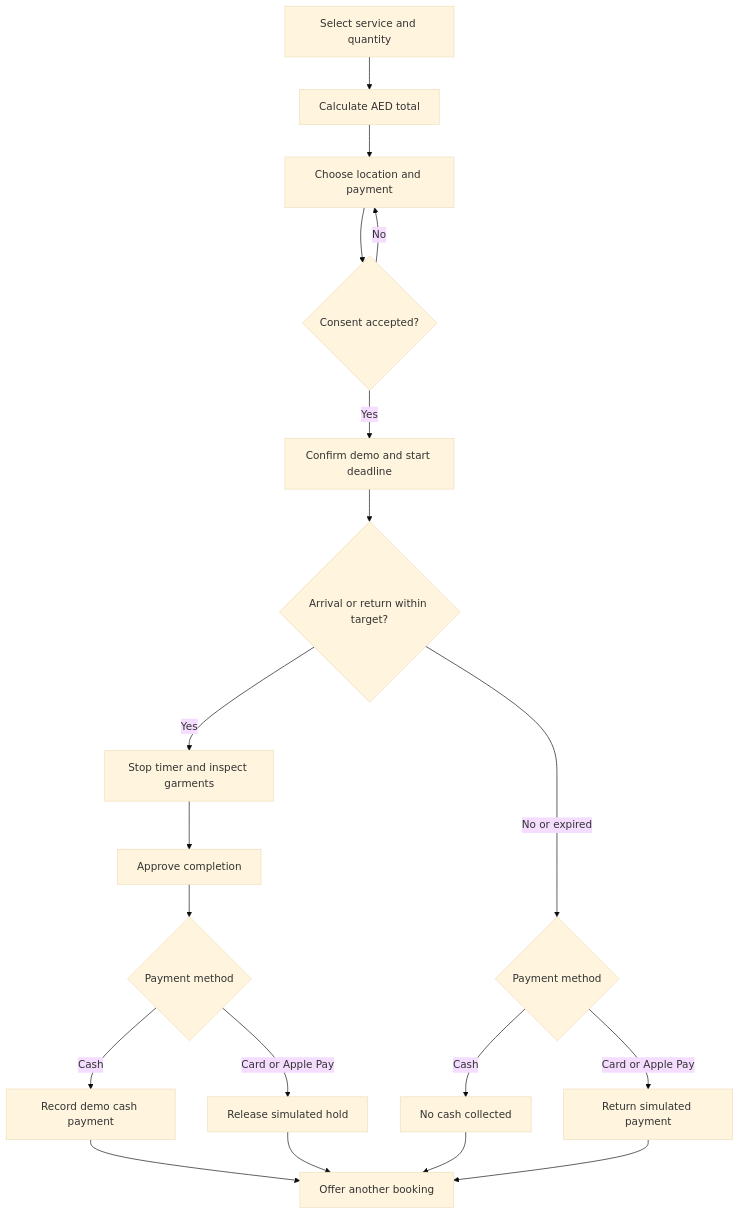
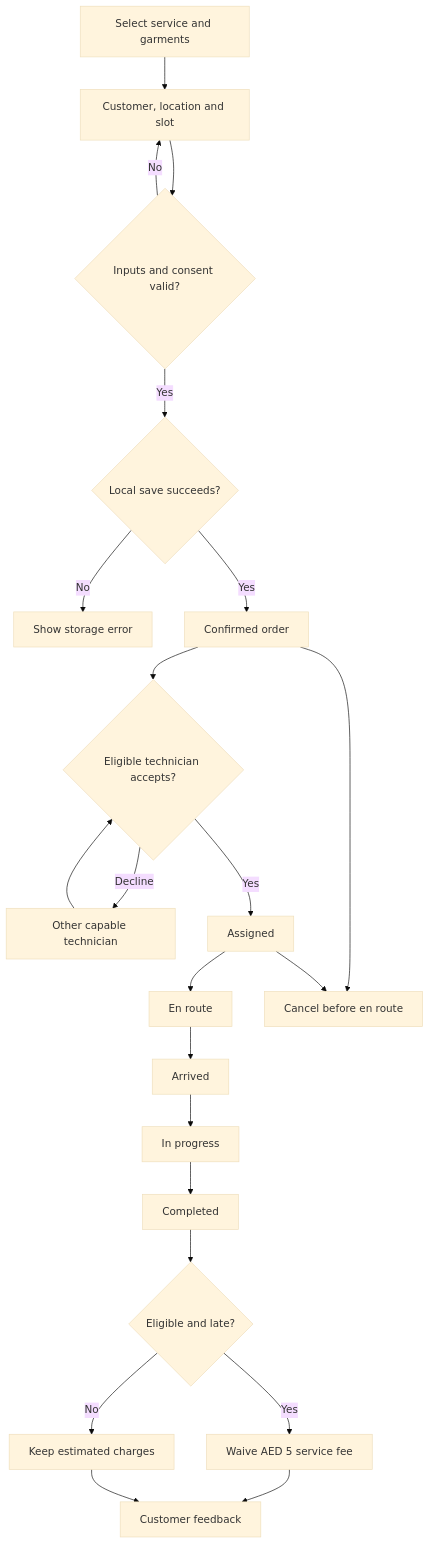
The second of 3 diagrams in public/design-specification.md (eshanas497-beep/pressly), drawn with Mermaid (base theme) before and after one commit. The commit also changed other lines of this file and 38 other files, not shown here.

Commit message:
Complete persistent customer and technician garment-care demo

````diff
--- a/public/design-specification.md
+++ b/public/design-specification.md
@@ -244,21 +511,24 @@
 ```mermaid
 flowchart TD
-  A[Select service and quantity] --> B[Calculate AED total]
-  B --> C[Choose location and payment]
-  C --> D{Consent accepted?}
-  D -->|No| C
-  D -->|Yes| E[Confirm demo and start deadline]
-  E --> F{Arrival or return within target?}
-  F -->|Yes| G[Stop timer and inspect garments]
-  G --> H[Approve completion]
-  H --> I{Payment method}
-  I -->|Cash| J[Record demo cash payment]
-  I -->|Card or Apple Pay| K[Release simulated hold]
-  F -->|No or expired| L{Payment method}
-  L -->|Cash| M[No cash collected]
-  L -->|Card or Apple Pay| N[Return simulated payment]
-  J --> O[Offer another booking]
-  K --> O
-  M --> O
-  N --> O
+  A[Select service and garments] --> B[Customer, location and slot]
+  B --> C{Inputs and consent valid?}
+  C -->|No| B
+  C -->|Yes| D{Local save succeeds?}
+  D -->|No| E[Show storage error]
+  D -->|Yes| F[Confirmed order]
+  F --> G{Eligible technician accepts?}
+  G -->|Decline| H[Other capable technician]
+  H --> G
+  G -->|Yes| I[Assigned]
+  I --> J[En route]
+  J --> K[Arrived]
+  K --> L[In progress]
+  L --> M[Completed]
+  M --> N{Eligible and late?}
+  N -->|Yes| O[Waive AED 5 service fee]
+  N -->|No| P[Keep estimated charges]
+  O --> Q[Customer feedback]
+  P --> Q
+  F --> R[Cancel before en route]
+  I --> R
 ```
````
